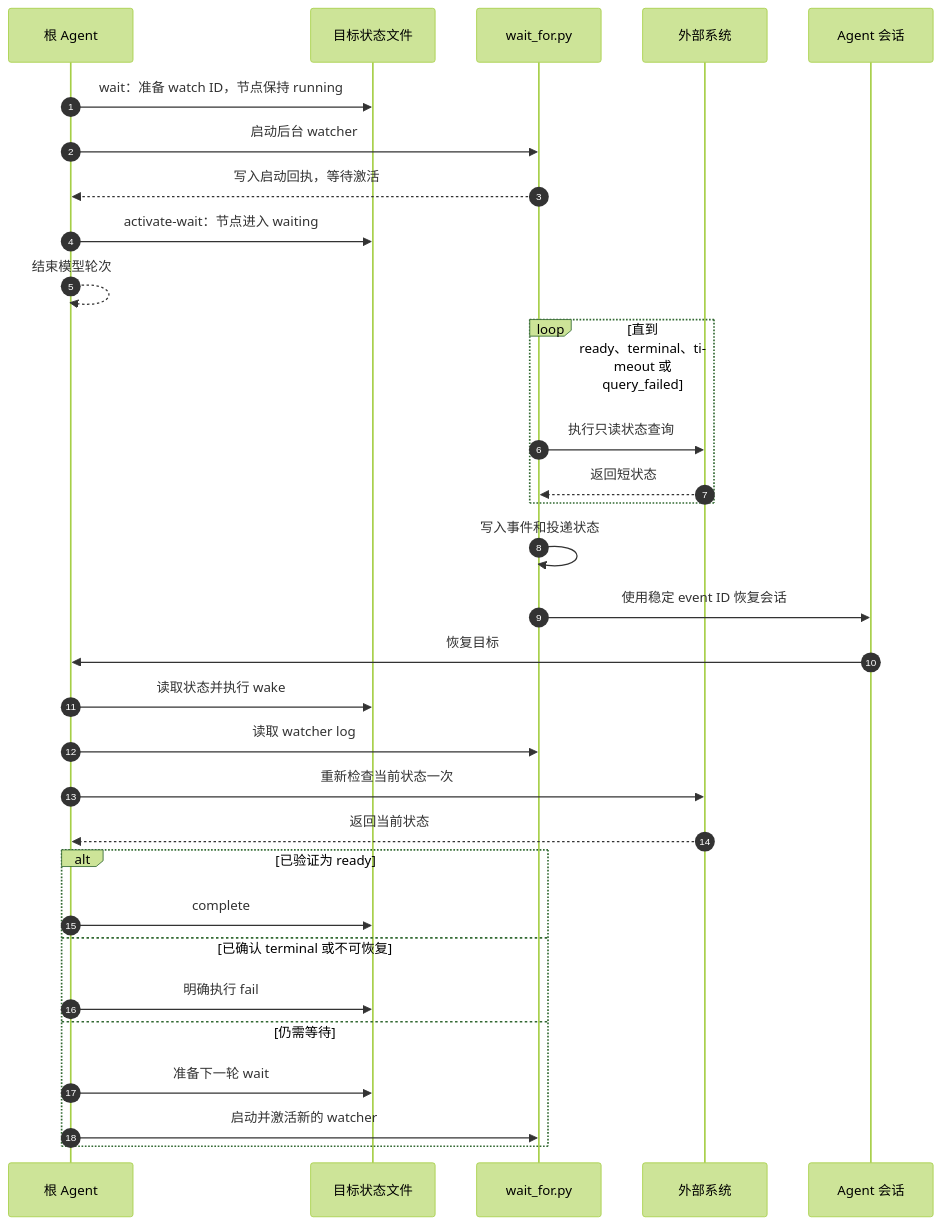
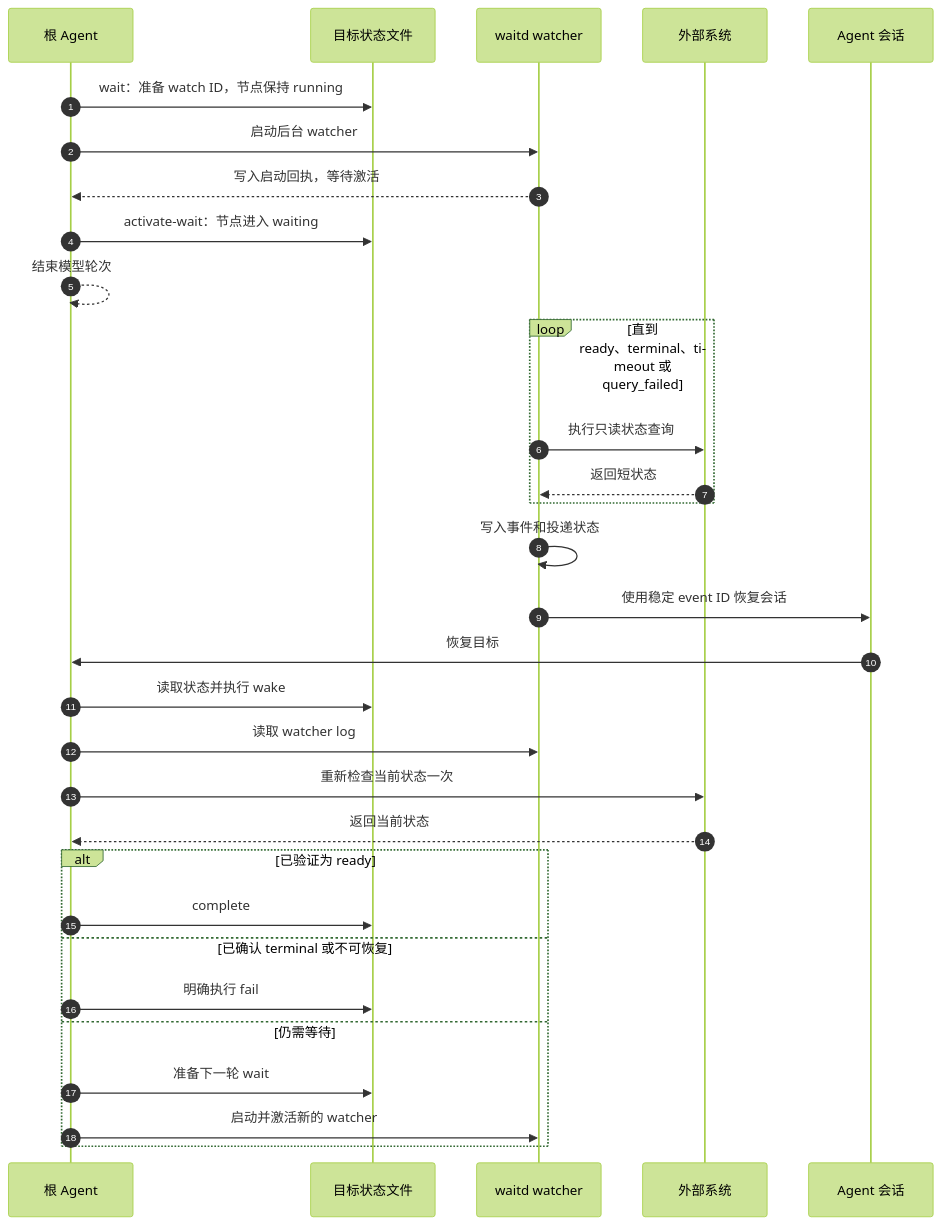
One commit to wenxueru/wait-skill changed the second of 2 diagrams in docs/wait.zh-CN.md. Above: the diagram before and after it, drawn with Mermaid (forest theme). The commit also changed other lines of this file and 24 other files, not shown here.

First line of the commit message:
feat: centralize watcher, goal and loop management in waitd

````diff
--- a/docs/wait.zh-CN.md
+++ b/docs/wait.zh-CN.md
@@ -149,37 +149,37 @@
 ```mermaid
 sequenceDiagram
     autonumber
     participant A as 根 Agent
     participant G as 目标状态文件
-    participant W as wait_for.py
+    participant W as waitd watcher
     participant E as 外部系统
     participant C as Agent 会话
 
     A->>G: wait：准备 watch ID，节点保持 running
     A->>W: 启动后台 watcher
     W-->>A: 写入启动回执，等待激活
     A->>G: activate-wait：节点进入 waiting
     A-->>A: 结束模型轮次
 
     loop 直到 ready、terminal、timeout 或 query_failed
         W->>E: 执行只读状态查询
         E-->>W: 返回短状态
     end
 
     W->>W: 写入事件和投递状态
     W->>C: 使用稳定 event ID 恢复会话
     C->>A: 恢复目标
     A->>G: 读取状态并执行 wake
     A->>W: 读取 watcher log
     A->>E: 重新检查当前状态一次
     E-->>A: 返回当前状态
 
     alt 已验证为 ready
         A->>G: complete
     else 已确认 terminal 或不可恢复
         A->>G: 明确执行 fail
     else 仍需等待
         A->>G: 准备下一轮 wait
         A->>W: 启动并激活新的 watcher
     end
 ```
````
